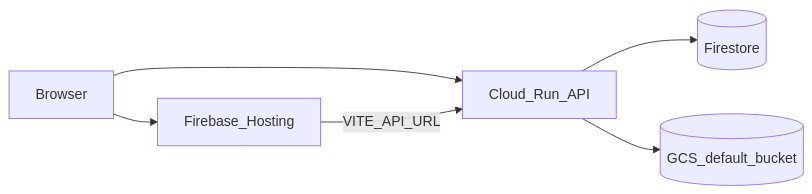
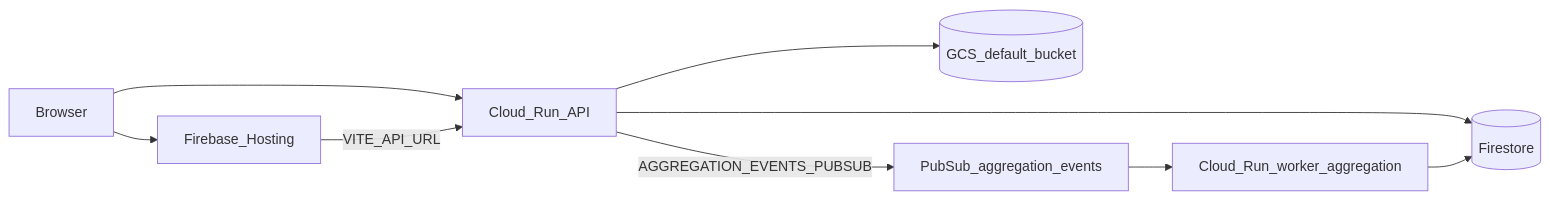
Before and after one commit to AndresLGomezO/spa-base: the diagram in docs/infrastructure/deployment.md, drawn with Mermaid. The commit also changed other lines of this file and 125 other files, not shown here.

First line of the commit message:
Enhance Docker Configuration and Integrate Worker Aggregation

````diff
--- a/docs/infrastructure/deployment.md
+++ b/docs/infrastructure/deployment.md
@@ -5,8 +5,11 @@
 ```mermaid
 flowchart LR
   Browser --> Hosting[Firebase_Hosting]
   Browser --> API[Cloud_Run_API]
   API --> Firestore[(Firestore)]
   API --> Storage[(GCS_default_bucket)]
+  API -->|AGGREGATION_EVENTS_PUBSUB| PubSub[PubSub_aggregation_events]
+  PubSub --> Worker[Cloud_Run_worker_aggregation]
+  Worker --> Firestore
   Hosting -->|VITE_API_URL| API
 ```
````
